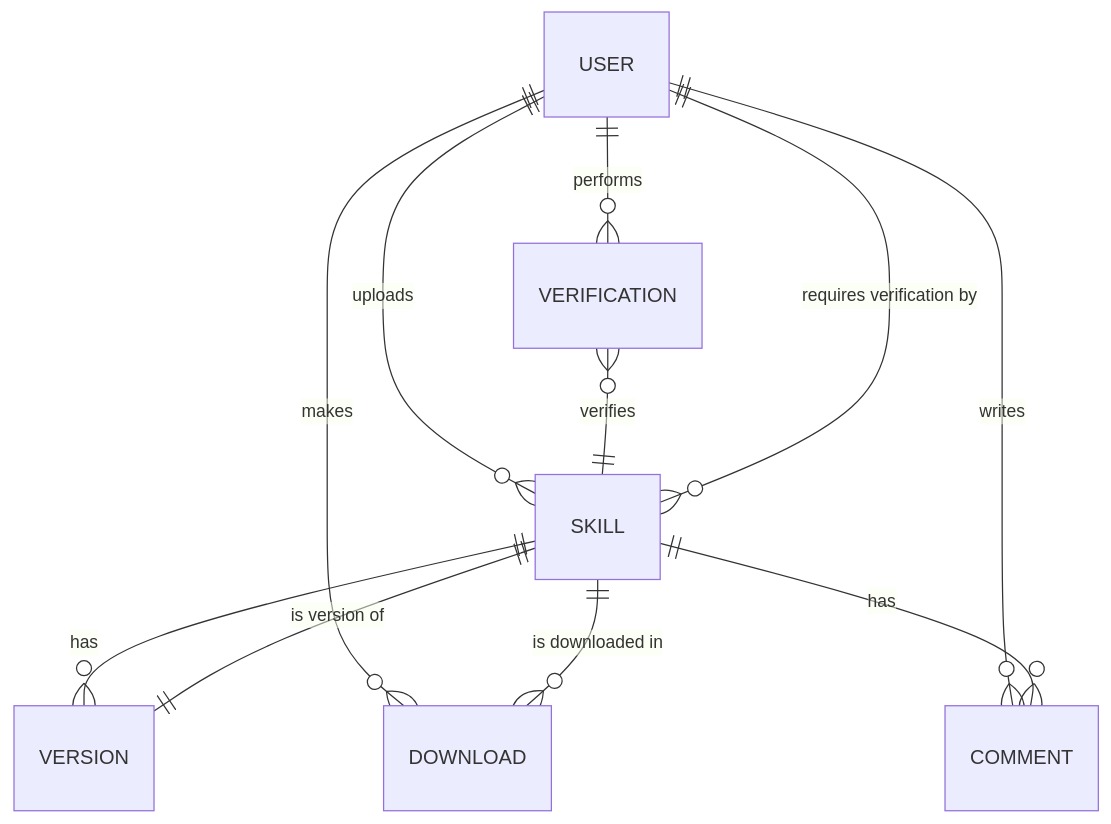
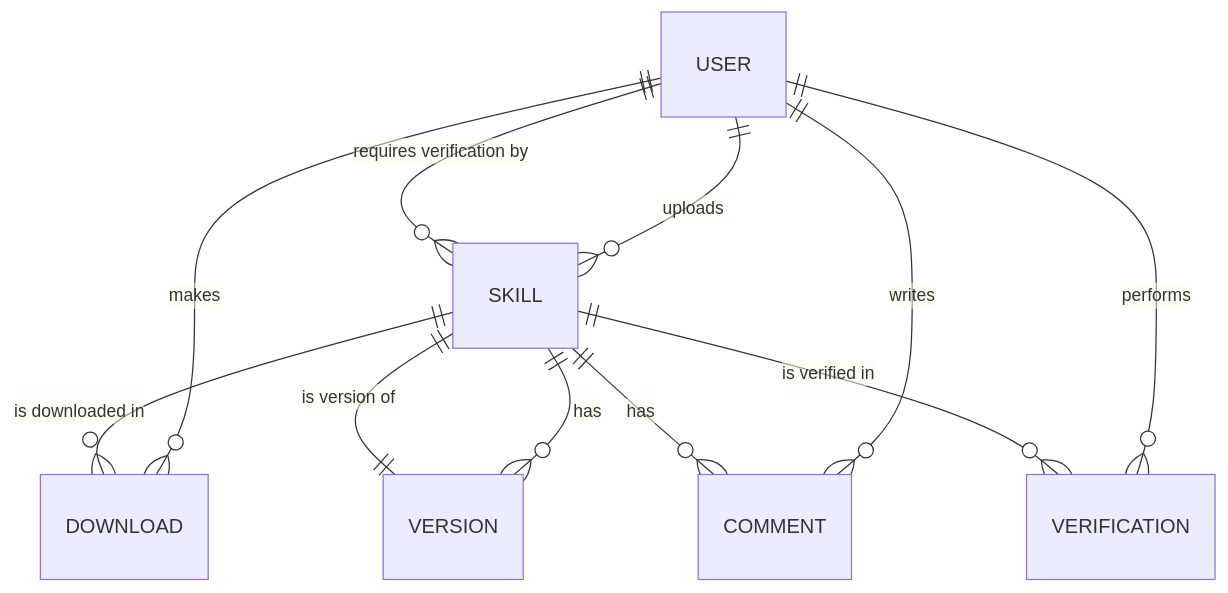
Before and after one commit to migueldoctor/skills4shub: the diagram in docs/entity_model.md, drawn with Mermaid. The commit also changed other lines of this file and 17 other files, not shown here.

````diff
--- a/docs/entity_model.md
+++ b/docs/entity_model.md
@@ -5,13 +5,13 @@
 ```mermaid
 erDiagram
     USER ||--o{ SKILL : "uploads"
     USER ||--o{ DOWNLOAD : "makes"
     USER ||--o{ COMMENT : "writes"
+    USER ||--o{ VERIFICATION : "performs"
     SKILL ||--o{ VERSION : "has"
     VERSION ||--|| SKILL : "is version of"
     SKILL ||--o{ DOWNLOAD : "is downloaded in"
     SKILL ||--o{ COMMENT : "has"
     SKILL }o--|| USER : "requires verification by"
-    USER ||--o{ VERIFICATION : "performs"
-    VERIFICATION }o--|| SKILL : "verifies"
+    SKILL ||--o{ VERIFICATION : "is verified in"
 ```
````
